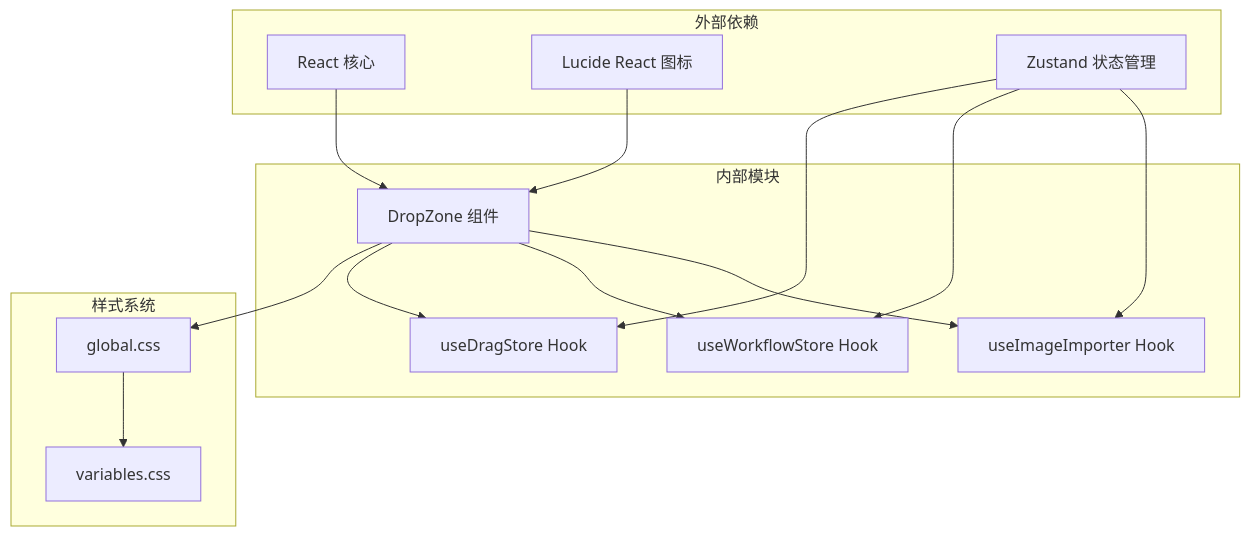
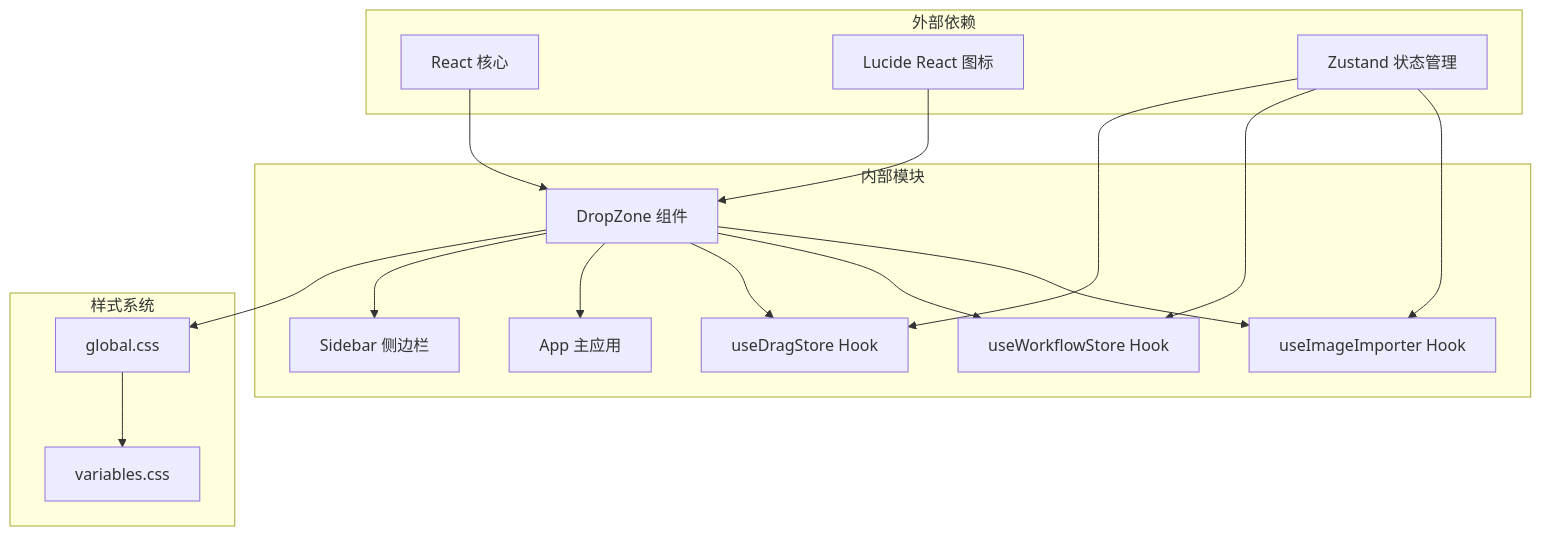
Before and after one commit to billye220670/CorineKit_Pix2Real: diagram 11 of 13 in .qoder/repowiki/zh/content/用户界面组件/核心界面组件/拖拽上传区域 (DropZone).md, drawn with Mermaid. The commit also changed other lines of this file and 13 other files, not shown here.

````diff
--- a/.qoder/repowiki/zh/content/用户界面组件/核心界面组件/拖拽上传区域 (DropZone).md
+++ b/.qoder/repowiki/zh/content/用户界面组件/核心界面组件/拖拽上传区域 (DropZone).md
@@ -378,28 +498,32 @@
 ```mermaid
 graph TB
 subgraph "外部依赖"
 React[React 核心]
 Lucide[Lucide React 图标]
 Zustand[Zustand 状态管理]
 end
 subgraph "内部模块"
 DropZone[DropZone 组件]
 useImageImporter[useImageImporter Hook]
 useWorkflowStore[useWorkflowStore Hook]
 useDragStore[useDragStore Hook]
+App[App 主应用]
+Sidebar[Sidebar 侧边栏]
 end
 subgraph "样式系统"
 globalCSS[global.css]
 variablesCSS[variables.css]
 end
 React --> DropZone
 Lucide --> DropZone
 Zustand --> useImageImporter
 Zustand --> useWorkflowStore
 Zustand --> useDragStore
 DropZone --> useImageImporter
 DropZone --> useWorkflowStore
 DropZone --> useDragStore
+DropZone --> App
+DropZone --> Sidebar
 DropZone --> globalCSS
 globalCSS --> variablesCSS
 ```
````
